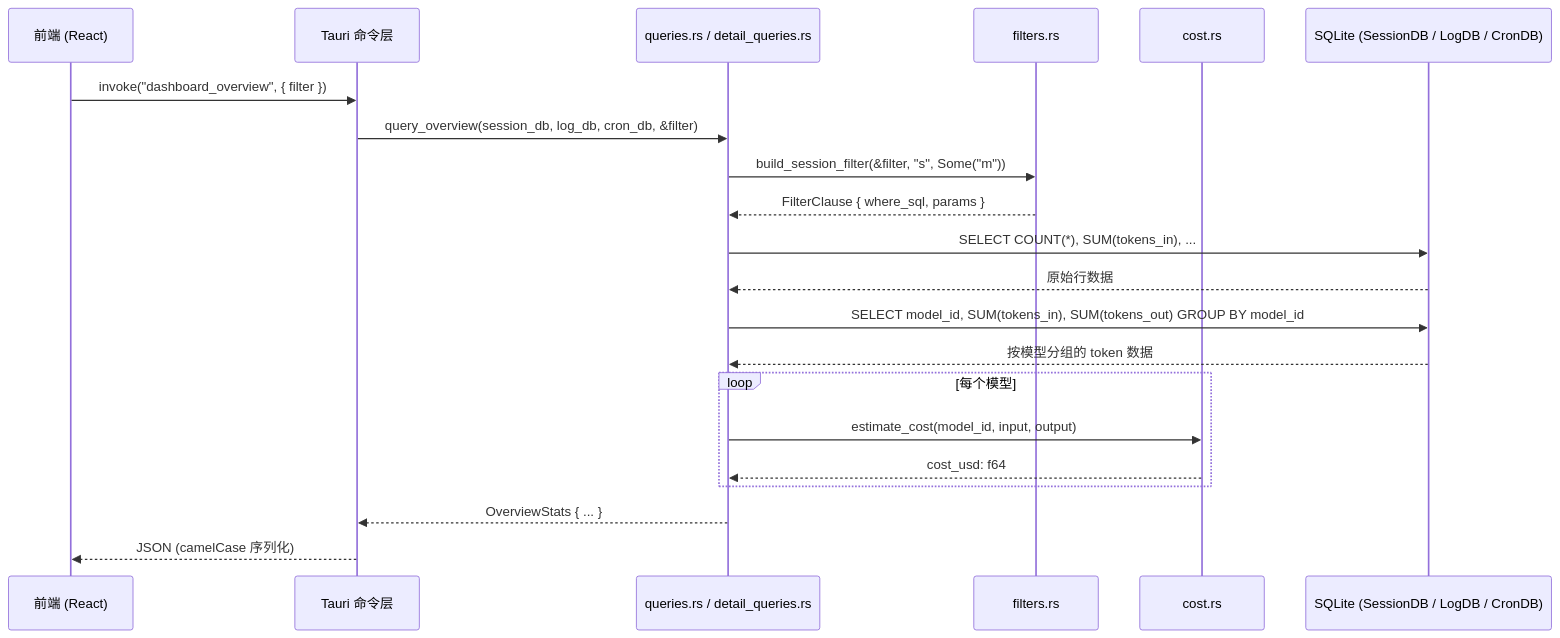
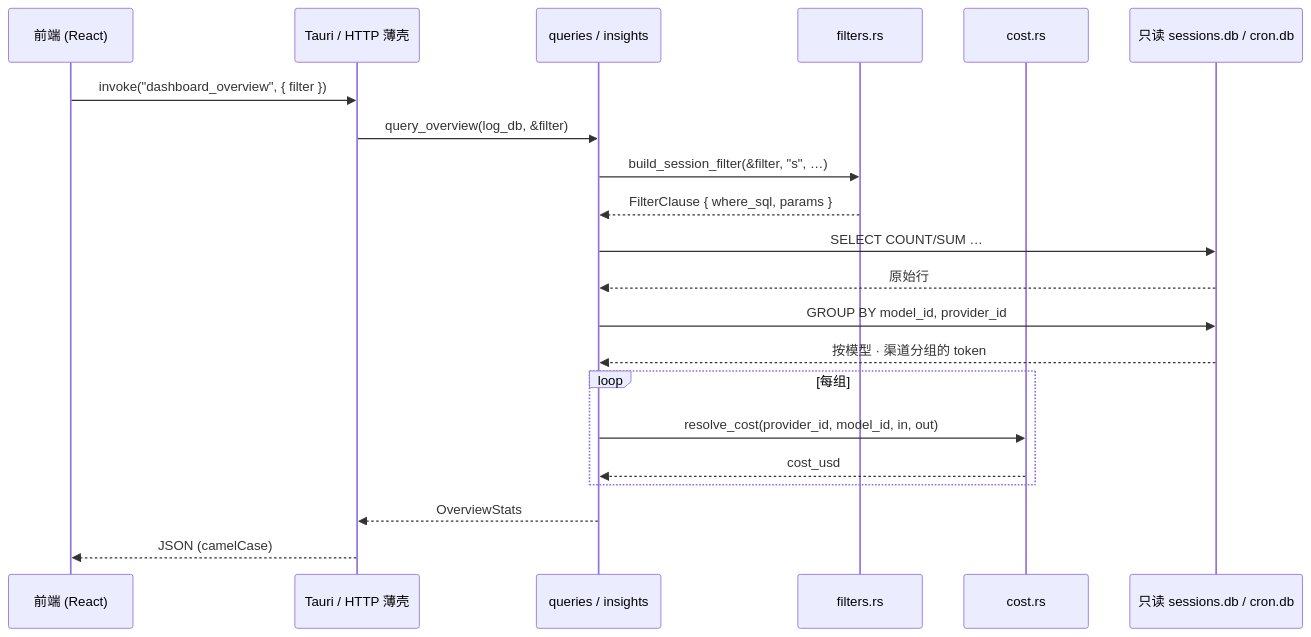
The third of 3 diagrams in docs/architecture/dashboard.md (shiwenwen/hope-agent), drawn with Mermaid before and after one commit. The commit also changed other lines of this file and 11 other files, not shown here.

First line of the commit message:
🦭docs: 第五批 12 篇按新标准重做（domain-quality/domain-eval/dashboard/slash-commands/coding-improvement-loop/coding-eval/reliability/cron/mcp/acp/project/pet）

````diff
--- a/docs/architecture/dashboard.md
+++ b/docs/architecture/dashboard.md
@@ -485,24 +392,24 @@
 ```mermaid
 sequenceDiagram
     participant FE as 前端 (React)
-    participant CMD as Tauri 命令层
-    participant Q as queries.rs / detail_queries.rs
+    participant SHELL as Tauri / HTTP 薄壳
+    participant Q as queries / insights
     participant F as filters.rs
     participant C as cost.rs
-    participant DB as SQLite (SessionDB / LogDB / CronDB)
+    participant DB as 只读 sessions.db / cron.db
 
-    FE->>CMD: invoke("dashboard_overview", { filter })
-    CMD->>Q: query_overview(session_db, log_db, cron_db, &filter)
-    Q->>F: build_session_filter(&filter, "s", Some("m"))
+    FE->>SHELL: invoke("dashboard_overview", { filter })
+    SHELL->>Q: query_overview(log_db, &filter)
+    Q->>F: build_session_filter(&filter, "s", …)
     F-->>Q: FilterClause { where_sql, params }
-    Q->>DB: SELECT COUNT(*), SUM(tokens_in), ...
-    DB-->>Q: 原始行数据
-    Q->>DB: SELECT model_id, SUM(tokens_in), SUM(tokens_out) GROUP BY model_id
-    DB-->>Q: 按模型分组的 token 数据
-    loop 每个模型
-        Q->>C: estimate_cost(model_id, input, output)
-        C-->>Q: cost_usd: f64
+    Q->>DB: SELECT COUNT/SUM …
+    DB-->>Q: 原始行
+    Q->>DB: GROUP BY model_id, provider_id
+    DB-->>Q: 按模型 · 渠道分组的 token
+    loop 每组
+        Q->>C: resolve_cost(provider_id, model_id, in, out)
+        C-->>Q: cost_usd
     end
-    Q-->>CMD: OverviewStats { ... }
-    CMD-->>FE: JSON (camelCase 序列化)
+    Q-->>SHELL: OverviewStats
+    SHELL-->>FE: JSON (camelCase)
 ```
````
